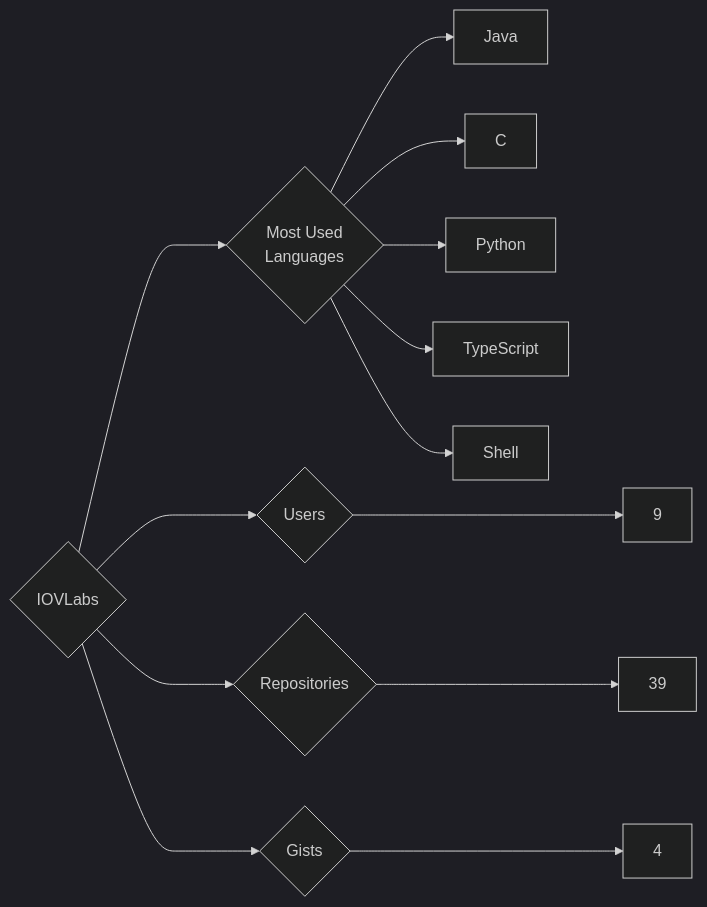
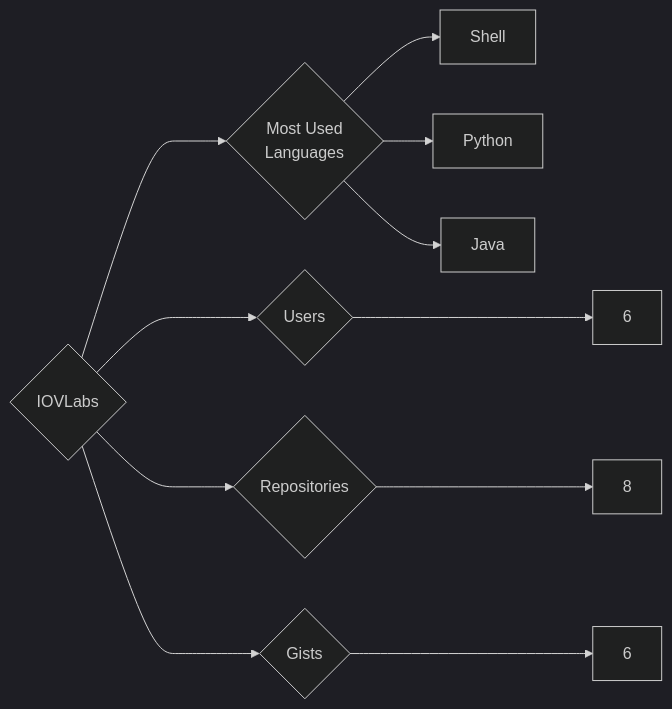
The diagram in targets/IOVLabs/README.md (trickest/insiders), drawn with Mermaid (dark theme) before and after one commit. The commit also changed 1167 other files, not shown here.

````diff
--- a/targets/IOVLabs/README.md
+++ b/targets/IOVLabs/README.md
@@ -3,13 +3,11 @@
 ```mermaid
 graph LR
 COMPANY_NAME{IOVLabs}
-COMPANY_NAME ---> U{Users} ---> UN[9]
-COMPANY_NAME ---> R{Repositories} ---> RN[39]
-COMPANY_NAME ---> G{Gists} ---> GN[4]
+COMPANY_NAME ---> U{Users} ---> UN[6]
+COMPANY_NAME ---> R{Repositories} ---> RN[8]
+COMPANY_NAME ---> G{Gists} ---> GN[6]
 COMPANY_NAME ---> ML{Most Used<br>Languages}
+ML --> Shell[Shell]
+ML --> Python[Python]
 ML --> Java[Java]
-ML --> C[C]
-ML --> Python[Python]
-ML --> TypeScript[TypeScript]
-ML --> Shell[Shell]
 ```
````
